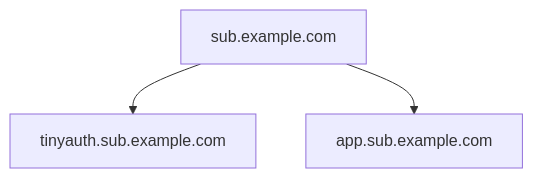
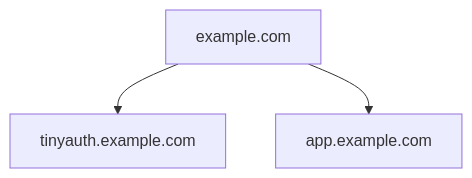
One commit to steveiliop56/tinyauth-docs changed the second of 2 diagrams in docs/getting-started.md. Above: the diagram before and after it, drawn with Mermaid. The commit also changed other lines of this file and 1 other file, not shown here.

````diff
--- a/docs/getting-started.md
+++ b/docs/getting-started.md
@@ -39,6 +39,6 @@
 ```mermaid
 flowchart BR
-  domain["sub.example.com"]
-  domain --> tinyauth["tinyauth.sub.example.com"]
-  domain --> app["app.sub.example.com"]
+  domain["example.com"]
+  domain --> tinyauth["tinyauth.example.com"]
+  domain --> app["app.example.com"]
 ```
````
